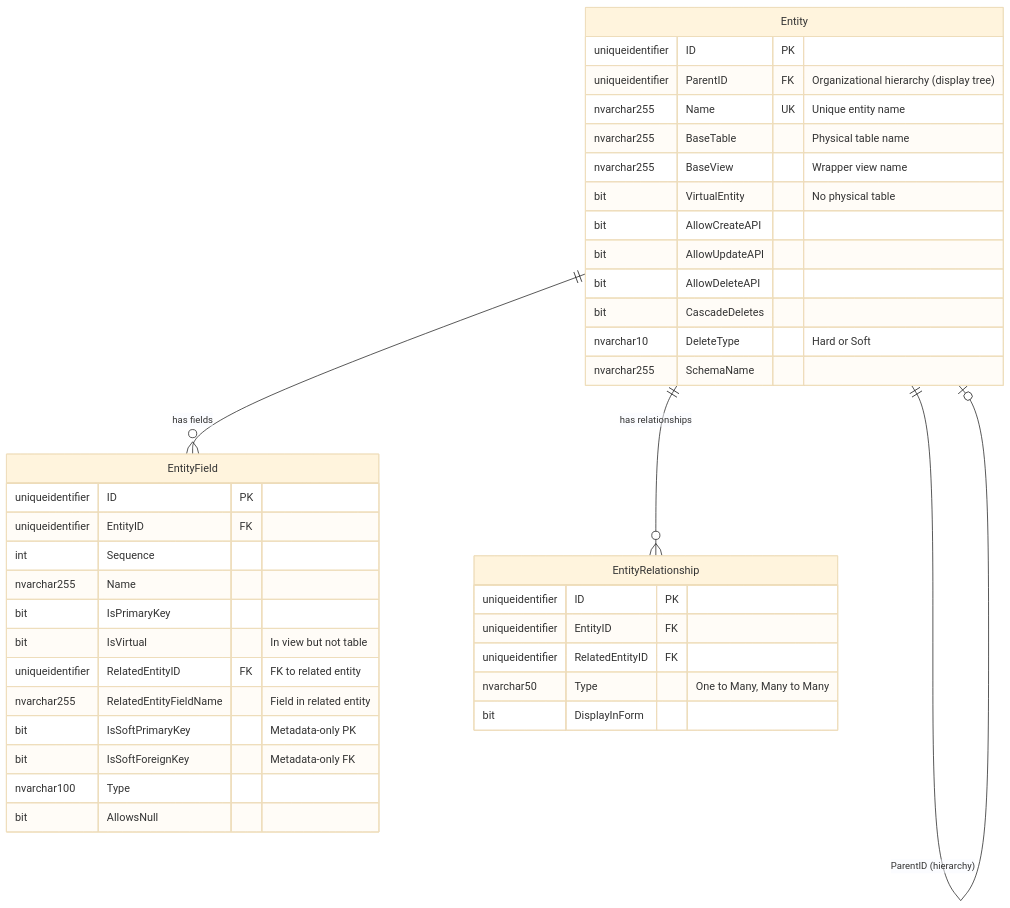
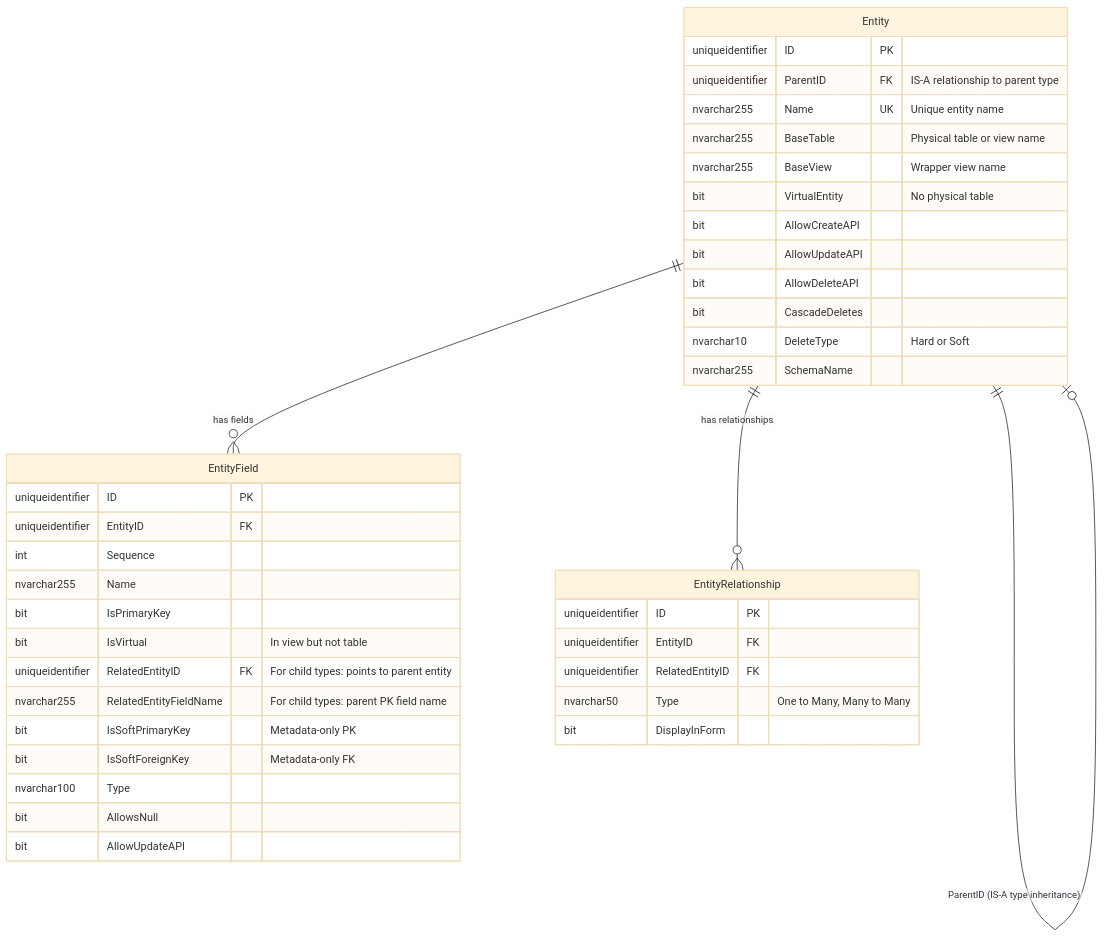
The second of 10 diagrams in plans/entity-system-enhancements-virtual-and-supertype.md (MemberJunction/MJ), drawn with Mermaid (base theme) before and after one commit. The commit also changed other lines of this file, not shown here.

First line of the commit message:
Comprehensive revision: ORM composition, ParentID reuse, client/server orchestration

````diff
--- a/plans/entity-system-enhancements-virtual-and-supertype.md
+++ b/plans/entity-system-enhancements-virtual-and-supertype.md
@@ -250,44 +228,45 @@
 ```mermaid
 erDiagram
     Entity {
         uniqueidentifier ID PK
-        uniqueidentifier ParentID FK "Organizational hierarchy (display tree)"
+        uniqueidentifier ParentID FK "IS-A relationship to parent type"
         nvarchar255 Name UK "Unique entity name"
-        nvarchar255 BaseTable "Physical table name"
+        nvarchar255 BaseTable "Physical table or view name"
         nvarchar255 BaseView "Wrapper view name"
         bit VirtualEntity "No physical table"
         bit AllowCreateAPI
         bit AllowUpdateAPI
         bit AllowDeleteAPI
         bit CascadeDeletes
         nvarchar10 DeleteType "Hard or Soft"
         nvarchar255 SchemaName
     }
 
     EntityField {
         uniqueidentifier ID PK
         uniqueidentifier EntityID FK
         int Sequence
         nvarchar255 Name
         bit IsPrimaryKey
         bit IsVirtual "In view but not table"
-        uniqueidentifier RelatedEntityID FK "FK to related entity"
-        nvarchar255 RelatedEntityFieldName "Field in related entity"
+        uniqueidentifier RelatedEntityID FK "For child types: points to parent entity"
+        nvarchar255 RelatedEntityFieldName "For child types: parent PK field name"
         bit IsSoftPrimaryKey "Metadata-only PK"
         bit IsSoftForeignKey "Metadata-only FK"
         nvarchar100 Type
         bit AllowsNull
+        bit AllowUpdateAPI
     }
 
     EntityRelationship {
         uniqueidentifier ID PK
         uniqueidentifier EntityID FK
         uniqueidentifier RelatedEntityID FK
         nvarchar50 Type "One to Many, Many to Many"
         bit DisplayInForm
     }
 
+    Entity ||--o| Entity : "ParentID (IS-A type inheritance)"
     Entity ||--o{ EntityField : "has fields"
     Entity ||--o{ EntityRelationship : "has relationships"
-    Entity ||--o| Entity : "ParentID (hierarchy)"
 ```
````
